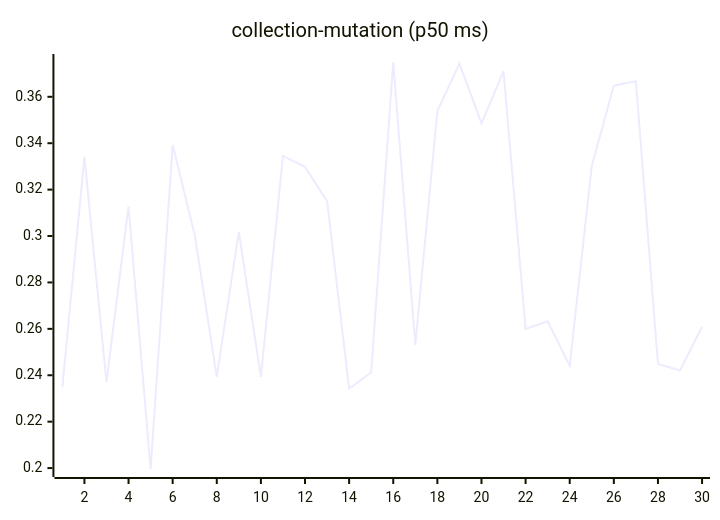
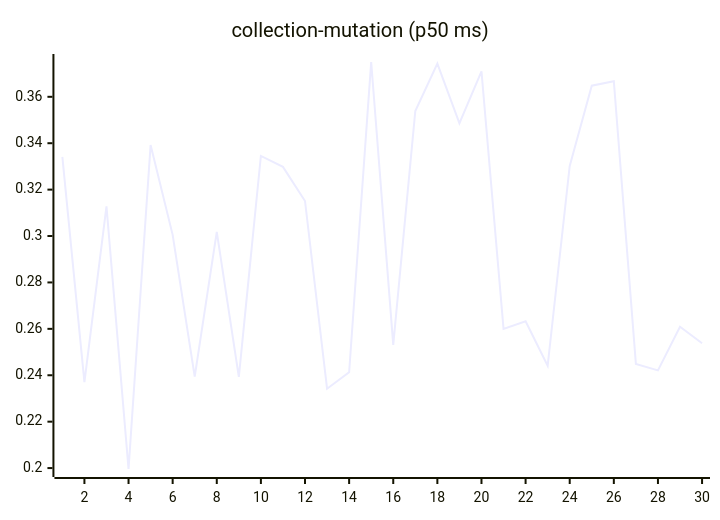
Before and after one commit to josha/Facet: the sixth of 27 diagrams in README.md, drawn with Mermaid. The commit also changed other lines of this file and 2 other files, not shown here.

````diff
--- a/README.md
+++ b/README.md
@@ -98,6 +98,6 @@
 ```mermaid
 xychart-beta
     title "collection-mutation (p50 ms)"
     x-axis 1 --> 30
-    line [0.2349, 0.3341, 0.2370, 0.3128, 0.1996, 0.3392, 0.3005, 0.2394, 0.3018, 0.2393, 0.3345, 0.3298, 0.3151, 0.2342, 0.2413, 0.3750, 0.2531, 0.3539, 0.3743, 0.3486, 0.3710, 0.2600, 0.2633, 0.2441, 0.3302, 0.3648, 0.3667, 0.2449, 0.2421, 0.2609]
+    line [0.3341, 0.2370, 0.3128, 0.1996, 0.3392, 0.3005, 0.2394, 0.3018, 0.2393, 0.3345, 0.3298, 0.3151, 0.2342, 0.2413, 0.3750, 0.2531, 0.3539, 0.3743, 0.3486, 0.3710, 0.2600, 0.2633, 0.2441, 0.3302, 0.3648, 0.3667, 0.2449, 0.2421, 0.2609, 0.2538]
 ```
````
